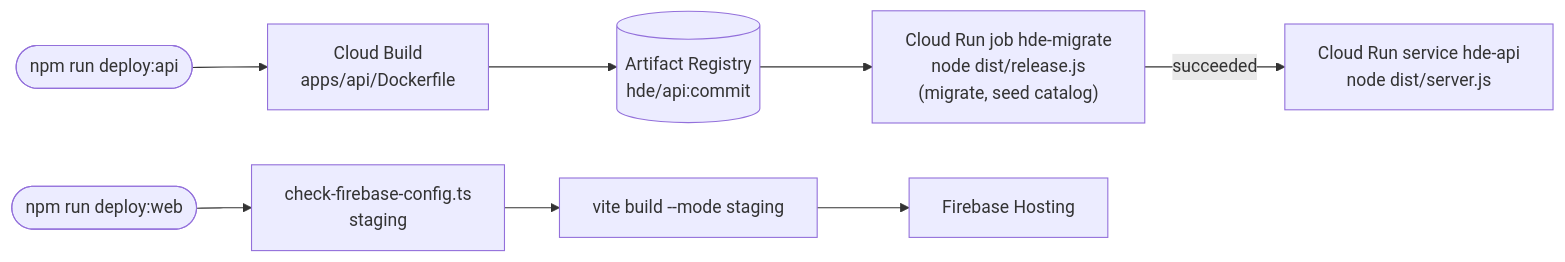
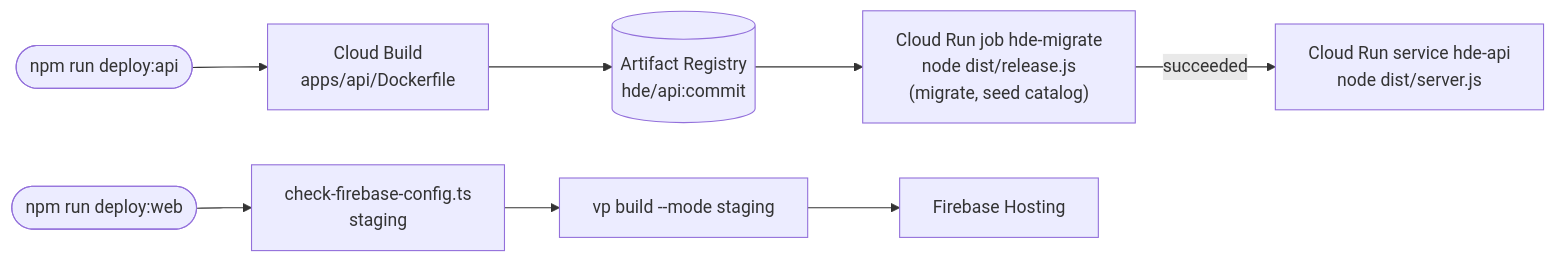
Before and after one commit to Valiance-Studios/halo-drivers-ed: the fifth of 5 diagrams in ARCHITECTURE.md, drawn with Mermaid. The commit also changed other lines of this file and 51 other files, not shown here.

````diff
--- a/ARCHITECTURE.md
+++ b/ARCHITECTURE.md
@@ -183,10 +184,10 @@
 ```mermaid
 flowchart LR
     dev([npm run deploy:api]) --> build["Cloud Build<br/>apps/api/Dockerfile"]
     build --> registry[("Artifact Registry<br/>hde/api:commit")]
     registry --> job["Cloud Run job hde-migrate<br/>node dist/release.js<br/>(migrate, seed catalog)"]
     job -- "succeeded" --> service["Cloud Run service hde-api<br/>node dist/server.js"]
     web([npm run deploy:web]) --> check["check-firebase-config.ts<br/>staging"]
-    check --> vite["vite build --mode staging"]
+    check --> vite["vp build --mode staging"]
     vite --> hosting["Firebase Hosting"]
 ```
````
